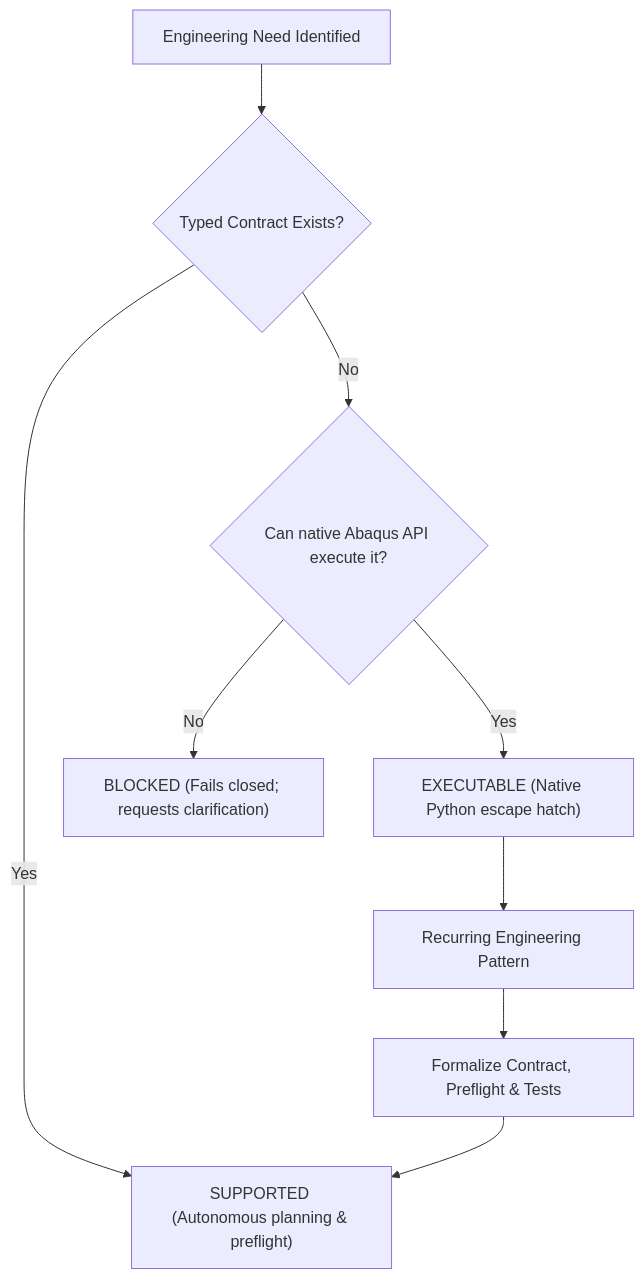
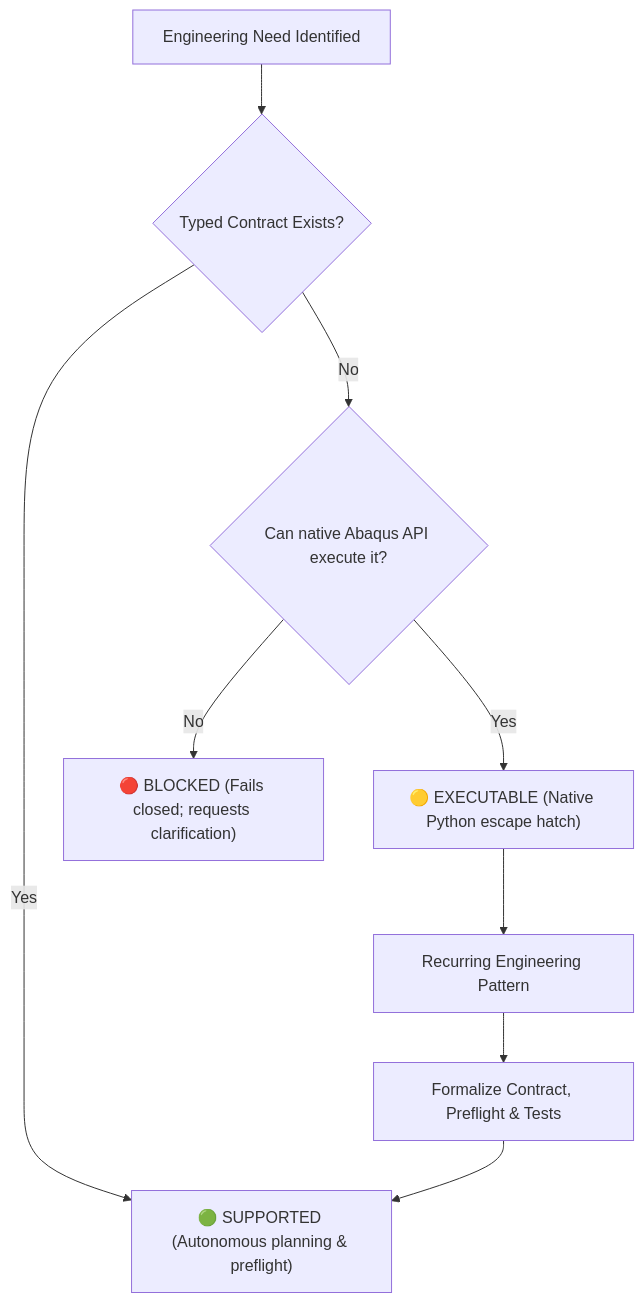
The third of 3 diagrams in README.md (chenlei-gh/Abaqus-AI-Agent), drawn with Mermaid before and after one commit. The commit also changed other lines of this file and 1 other file, not shown here.

First line of the commit message:
Optimize readme overview charts for mobile devices

````diff
--- a/README.md
+++ b/README.md
@@ -242,11 +199,11 @@
 ```mermaid
 flowchart TD
     D["Engineering Need Identified"] --> T{"Typed Contract Exists?"}
-    T -->|Yes| S["SUPPORTED (Autonomous planning & preflight)"]
+    T -->|Yes| S["🟢 SUPPORTED (Autonomous planning & preflight)"]
     T -->|No| P{"Can native Abaqus API execute it?"}
-    P -->|Yes| X["EXECUTABLE (Native Python escape hatch)"]
-    P -->|No| A["BLOCKED (Fails closed; requests clarification)"]
+    P -->|Yes| X["🟡 EXECUTABLE (Native Python escape hatch)"]
+    P -->|No| A["🔴 BLOCKED (Fails closed; requests clarification)"]
     X --> H["Recurring Engineering Pattern"]
     H --> C["Formalize Contract, Preflight & Tests"]
     C --> S
 ```
````
